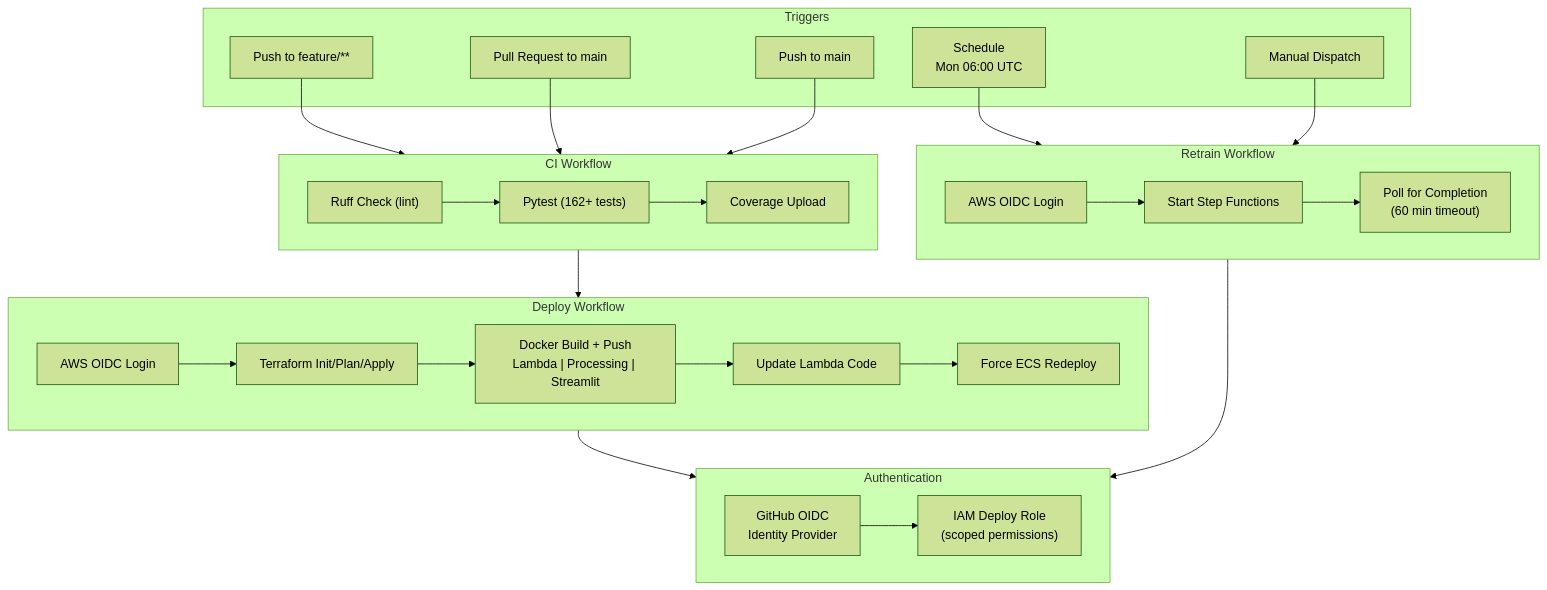
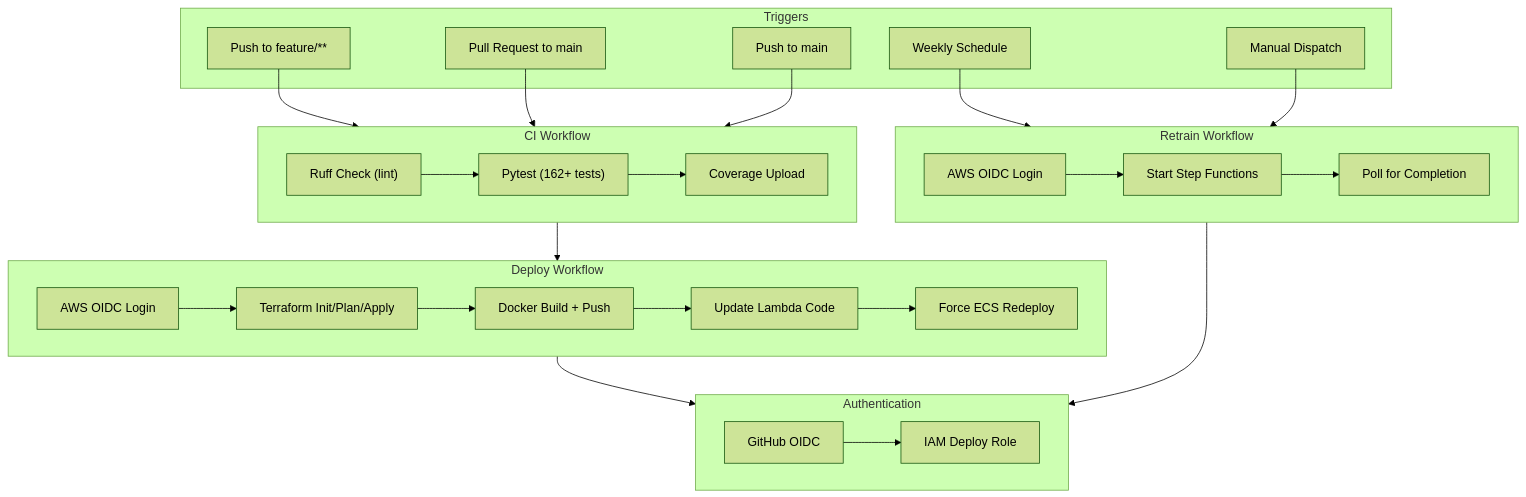
The seventh of 8 diagrams in README.md (rawad-yared/bcgx-spanishgas-g1), drawn with Mermaid (forest theme) before and after one commit. The commit also changed other lines of this file, not shown here.

First line of the commit message:
Shorten Mermaid diagram labels to prevent text clipping

````diff
--- a/README.md
+++ b/README.md
@@ -351,45 +378,45 @@
 ```mermaid
 graph TD
     subgraph Triggers
         PUSH_F["Push to feature/**"]
         PR["Pull Request to main"]
         PUSH_M["Push to main"]
-        SCHED["Schedule<br/>Mon 06:00 UTC"]
+        SCHED["Weekly Schedule"]
         MANUAL["Manual Dispatch"]
     end
 
     subgraph CI["CI Workflow"]
         LINT["Ruff Check (lint)"]
         TEST["Pytest (162+ tests)"]
         COV["Coverage Upload"]
         LINT --> TEST --> COV
     end
 
     subgraph Deploy["Deploy Workflow"]
         OIDC["AWS OIDC Login"]
         TF_PLAN["Terraform Init/Plan/Apply"]
-        DOCKER["Docker Build + Push<br/>Lambda | Processing | Streamlit"]
+        DOCKER["Docker Build + Push"]
         UPDATE_LAMBDA["Update Lambda Code"]
         ECS_DEPLOY["Force ECS Redeploy"]
         OIDC --> TF_PLAN --> DOCKER --> UPDATE_LAMBDA --> ECS_DEPLOY
     end
 
     subgraph Retrain["Retrain Workflow"]
         OIDC2["AWS OIDC Login"]
         SFN_START["Start Step Functions"]
-        POLL["Poll for Completion<br/>(60 min timeout)"]
+        POLL["Poll for Completion"]
         OIDC2 --> SFN_START --> POLL
     end
 
     PUSH_F & PR --> CI
     PUSH_M --> CI --> Deploy
     SCHED & MANUAL --> Retrain
 
     subgraph Auth["Authentication"]
-        GH_OIDC["GitHub OIDC<br/>Identity Provider"]
-        IAM_ROLE["IAM Deploy Role<br/>(scoped permissions)"]
+        GH_OIDC["GitHub OIDC"]
+        IAM_ROLE["IAM Deploy Role"]
         GH_OIDC --> IAM_ROLE
     end
 
     Deploy & Retrain --> Auth
 ```
````
